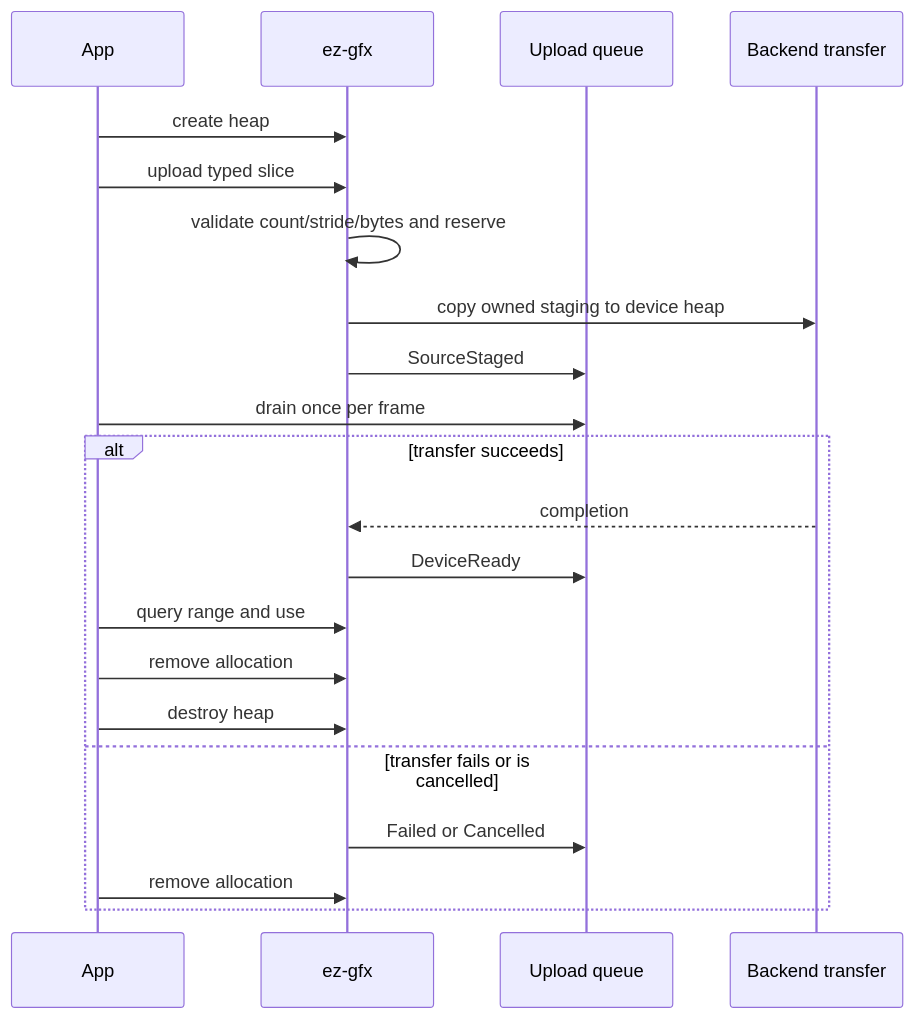
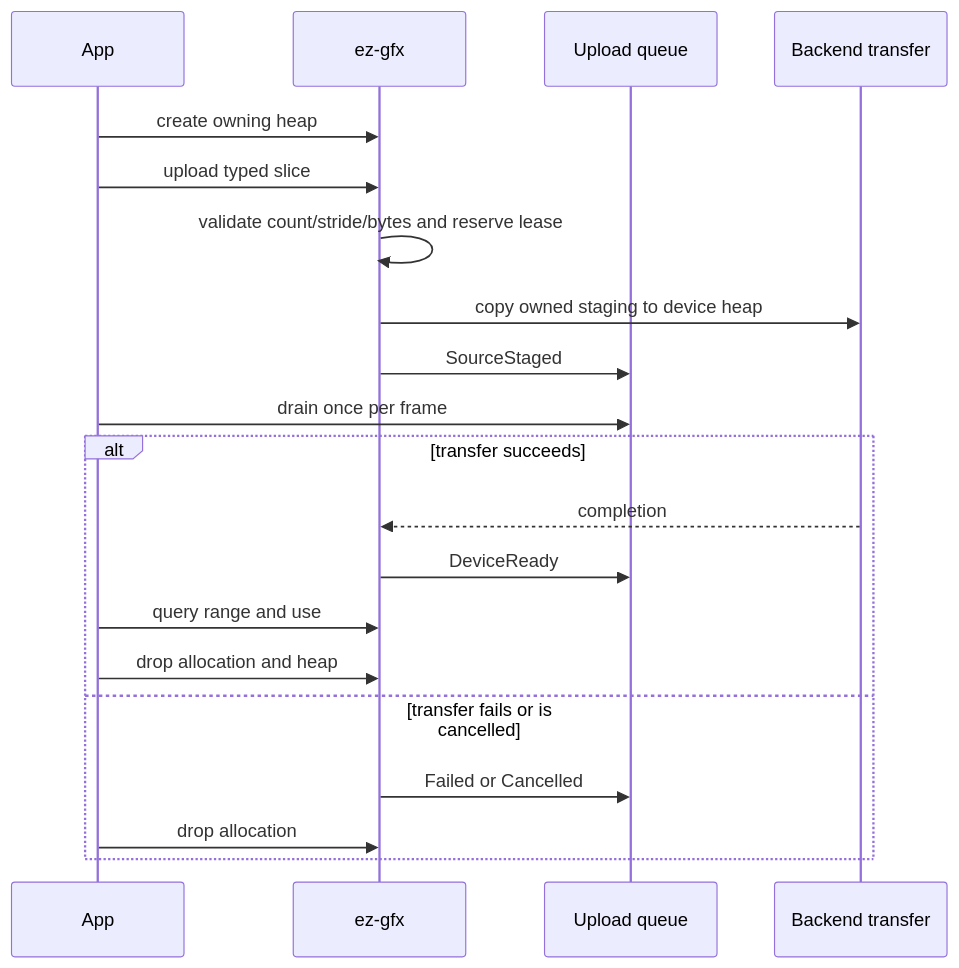
Before and after one commit to jkelin/ez_gfx_api2: the diagram in docs/geometry.md, drawn with Mermaid. The commit also changed other lines of this file and 64 other files, not shown here.

````diff
--- a/docs/geometry.md
+++ b/docs/geometry.md
@@ -22,23 +16,22 @@
 ```mermaid
 sequenceDiagram
     participant App
     participant Gfx as ez-gfx
     participant Queue as Upload queue
     participant GPU as Backend transfer
-    App->>Gfx: create heap
+    App->>Gfx: create owning heap
     App->>Gfx: upload typed slice
-    Gfx->>Gfx: validate count/stride/bytes and reserve
+    Gfx->>Gfx: validate count/stride/bytes and reserve lease
     Gfx->>GPU: copy owned staging to device heap
     Gfx->>Queue: SourceStaged
     App->>Queue: drain once per frame
     alt transfer succeeds
         GPU-->>Gfx: completion
         Gfx->>Queue: DeviceReady
         App->>Gfx: query range and use
-        App->>Gfx: remove allocation
-        App->>Gfx: destroy heap
+        App->>Gfx: drop allocation and heap
     else transfer fails or is cancelled
         Gfx->>Queue: Failed or Cancelled
-        App->>Gfx: remove allocation
+        App->>Gfx: drop allocation
     end
 ```
````
